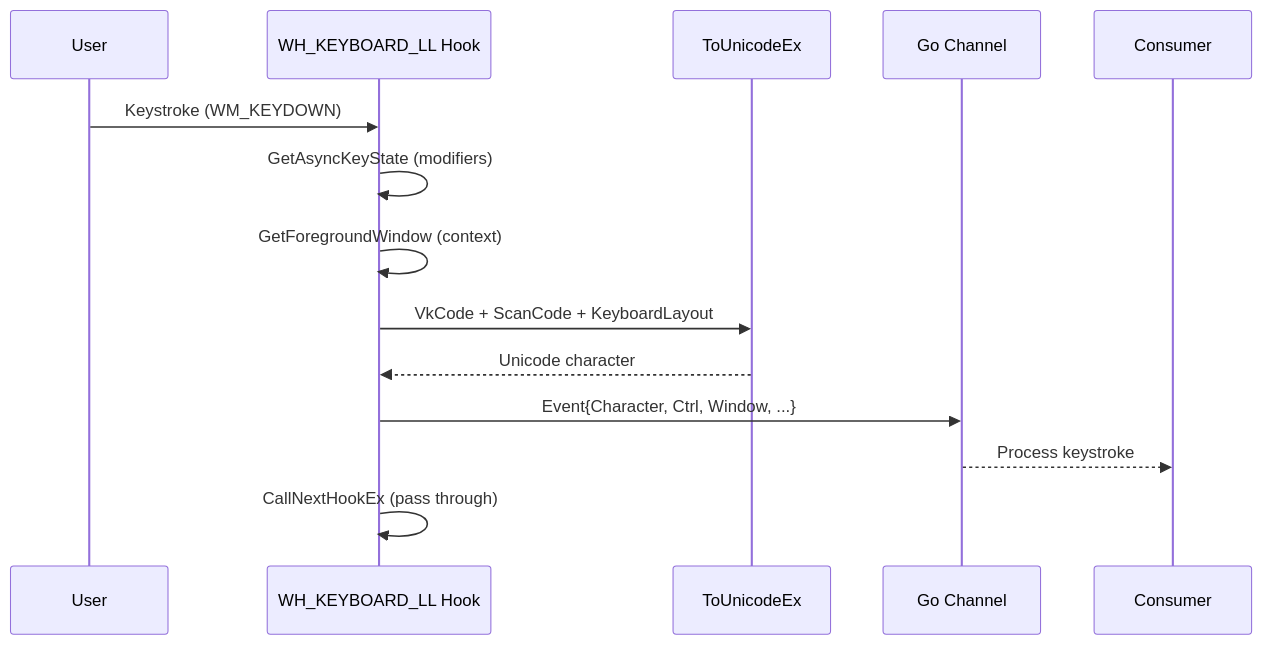
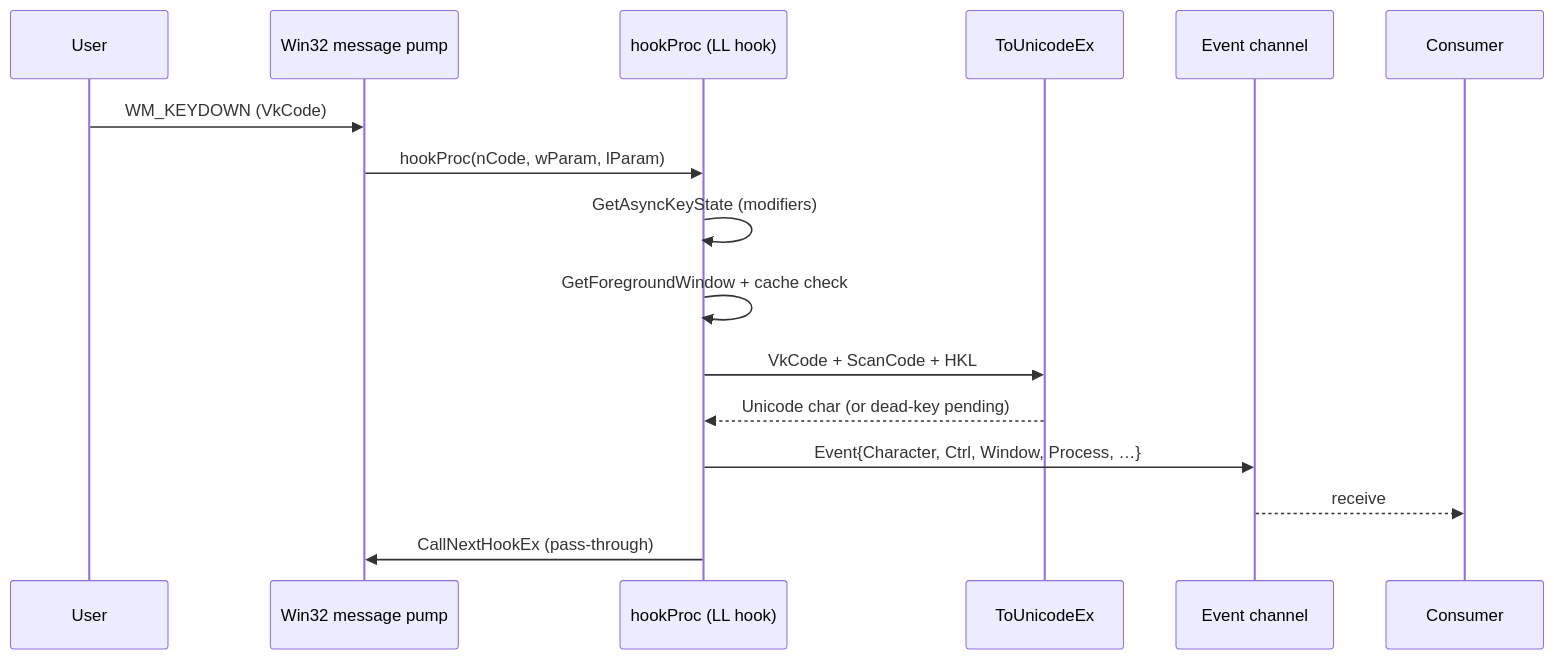
One commit to oioio-space/maldev changed the diagram in docs/techniques/collection/keylogging.md. Above: the diagram before and after it, drawn with Mermaid. The commit also changed other lines of this file and 4 other files, not shown here.

````diff
--- a/docs/techniques/collection/keylogging.md
+++ b/docs/techniques/collection/keylogging.md
@@ -22,17 +46,19 @@
 ```mermaid
 sequenceDiagram
     participant User
-    participant Hook as WH_KEYBOARD_LL Hook
-    participant Translate as ToUnicodeEx
-    participant Channel as Go Channel
+    participant OS as Win32 message pump
+    participant Hook as hookProc (LL hook)
+    participant Xlat as ToUnicodeEx
+    participant Ch as Event channel
     participant Consumer
 
-    User->>Hook: Keystroke (WM_KEYDOWN)
+    User->>OS: WM_KEYDOWN (VkCode)
+    OS->>Hook: hookProc(nCode, wParam, lParam)
     Hook->>Hook: GetAsyncKeyState (modifiers)
-    Hook->>Hook: GetForegroundWindow (context)
-    Hook->>Translate: VkCode + ScanCode + KeyboardLayout
-    Translate-->>Hook: Unicode character
-    Hook->>Channel: Event{Character, Ctrl, Window, ...}
-    Channel-->>Consumer: Process keystroke
-    Hook->>Hook: CallNextHookEx (pass through)
+    Hook->>Hook: GetForegroundWindow + cache check
+    Hook->>Xlat: VkCode + ScanCode + HKL
+    Xlat-->>Hook: Unicode char (or dead-key pending)
+    Hook->>Ch: Event{Character, Ctrl, Window, Process, …}
+    Ch-->>Consumer: receive
+    Hook->>OS: CallNextHookEx (pass-through)
 ```
````
